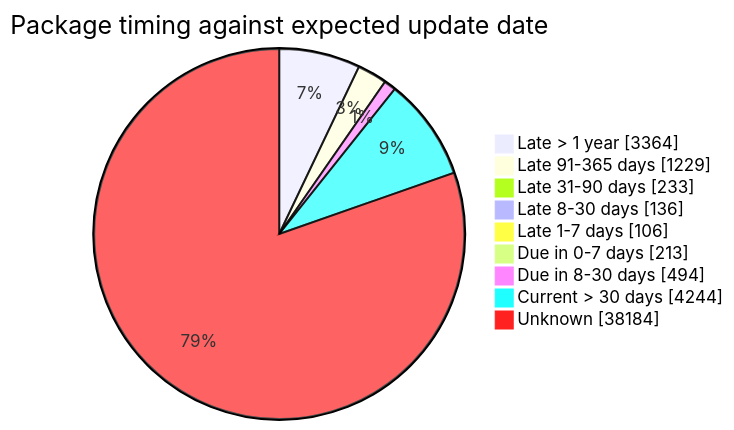
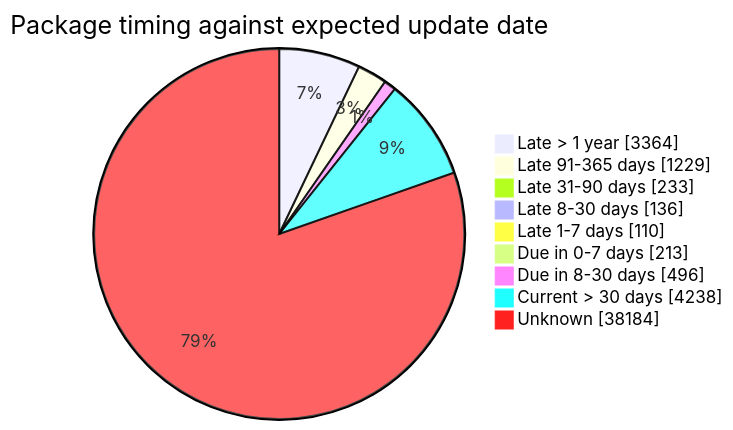
One commit to open-data/analytics-corporate-reporting changed the fourth of 5 diagrams in FreshCheck/README.md. Above: the diagram before and after it, drawn with Mermaid. The commit also changed other lines of this file and 3 other files, not shown here.

````diff
--- a/FreshCheck/README.md
+++ b/FreshCheck/README.md
@@ -86,12 +86,12 @@
 ```mermaid
 pie showData title Package timing against expected update date
     "Late > 1 year": 3364
     "Late 91-365 days": 1229
     "Late 31-90 days": 233
     "Late 8-30 days": 136
-    "Late 1-7 days": 106
+    "Late 1-7 days": 110
     "Due in 0-7 days": 213
-    "Due in 8-30 days": 494
-    "Current > 30 days": 4244
+    "Due in 8-30 days": 496
+    "Current > 30 days": 4238
     "Unknown": 38184
 ```
````
